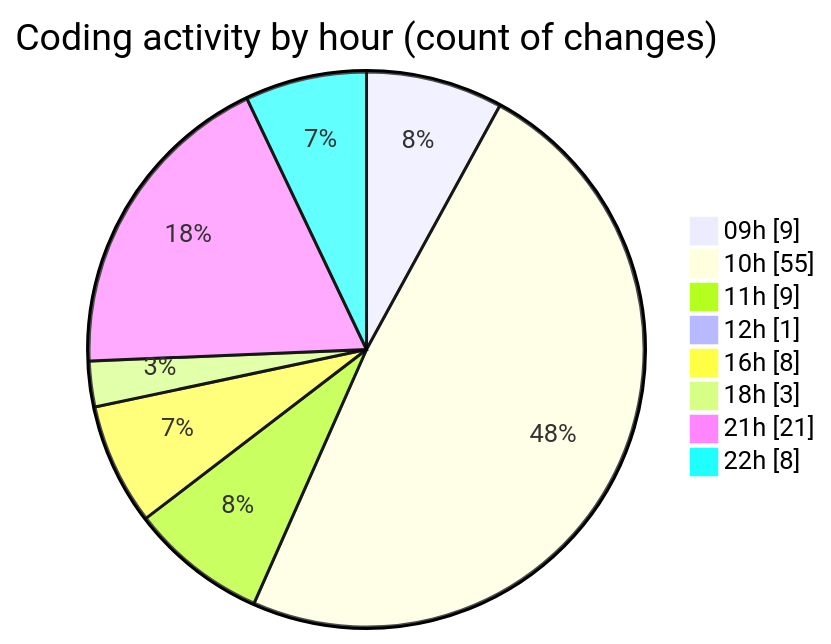
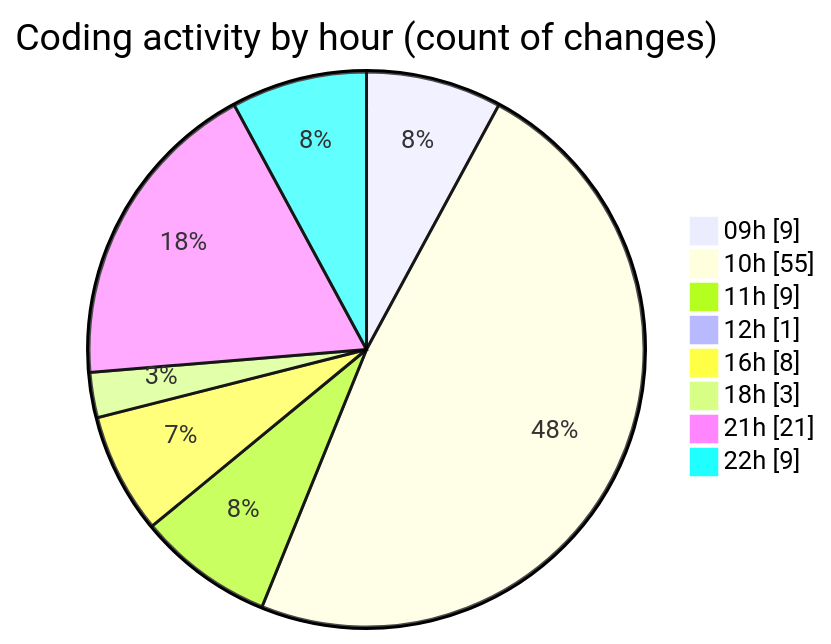
One commit to robertbonfada/code-tracking changed the second of 2 diagrams in 2025-03-04/termonied_testador/README.md. Above: the diagram before and after it, drawn with Mermaid. The commit also changed other lines of this file and 1 other file, not shown here.

````diff
--- a/2025-03-04/termonied_testador/README.md
+++ b/2025-03-04/termonied_testador/README.md
@@ -48,12 +48,12 @@
 ```mermaid
 pie showData
 title Coding activity by hour (count of changes)
 "09h" : 9
 "10h" : 55
 "11h" : 9
 "12h" : 1
 "16h" : 8
 "18h" : 3
 "21h" : 21
-"22h" : 8
+"22h" : 9
 ```
````
